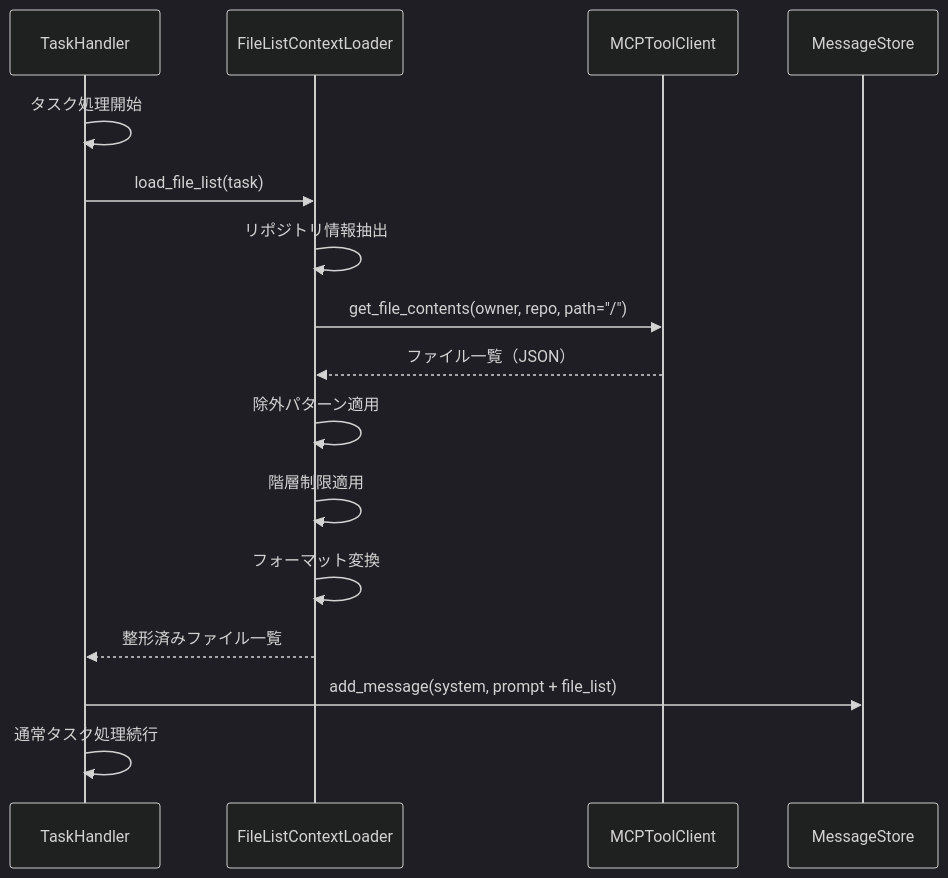
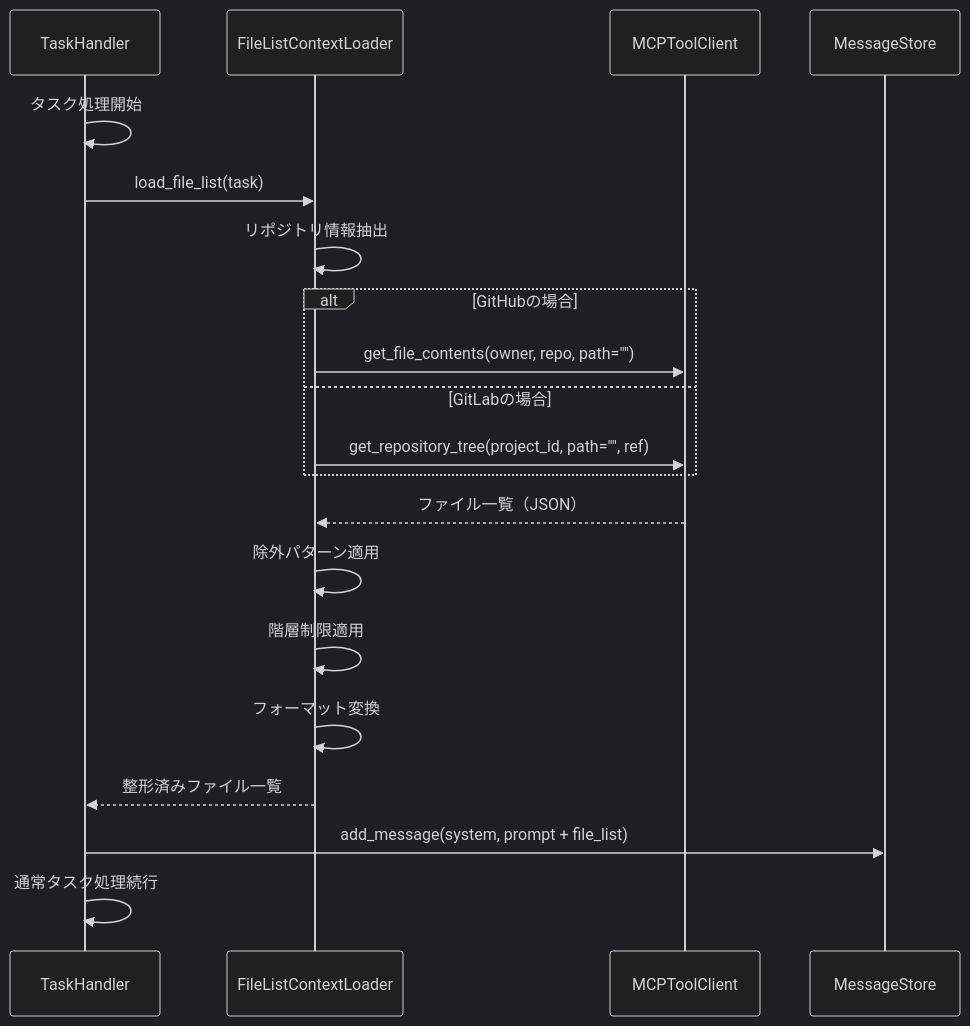
One commit to notfolder/coding_agent changed the second of 2 diagrams in docs/spec/PROJECT_FILE_LIST_CONTEXT_SPECIFICATION.md. Above: the diagram before and after it, drawn with Mermaid (dark theme). The commit also changed other lines of this file, not shown here.

````diff
--- a/docs/spec/PROJECT_FILE_LIST_CONTEXT_SPECIFICATION.md
+++ b/docs/spec/PROJECT_FILE_LIST_CONTEXT_SPECIFICATION.md
@@ -173,19 +176,23 @@
 ```mermaid
 sequenceDiagram
     participant TH as TaskHandler
     participant FLC as FileListContextLoader
     participant MCP as MCPToolClient
     participant MS as MessageStore
 
     TH->>TH: タスク処理開始
     TH->>FLC: load_file_list(task)
     FLC->>FLC: リポジトリ情報抽出
-    FLC->>MCP: get_file_contents(owner, repo, path="/")
+    alt GitHubの場合
+        FLC->>MCP: get_file_contents(owner, repo, path="")
+    else GitLabの場合
+        FLC->>MCP: get_repository_tree(project_id, path="", ref)
+    end
     MCP-->>FLC: ファイル一覧（JSON）
     FLC->>FLC: 除外パターン適用
     FLC->>FLC: 階層制限適用
     FLC->>FLC: フォーマット変換
     FLC-->>TH: 整形済みファイル一覧
     TH->>MS: add_message(system, prompt + file_list)
     TH->>TH: 通常タスク処理続行
 ```
````
